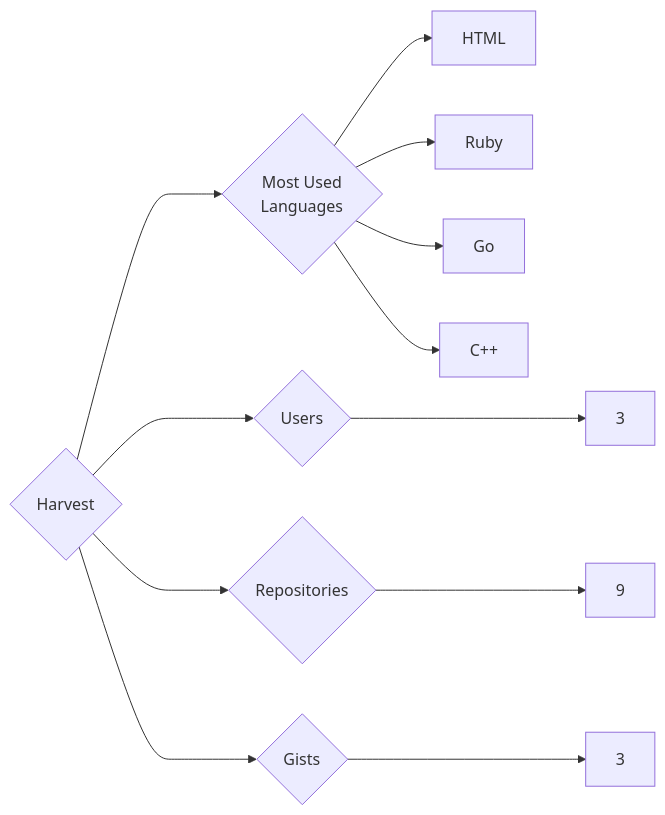
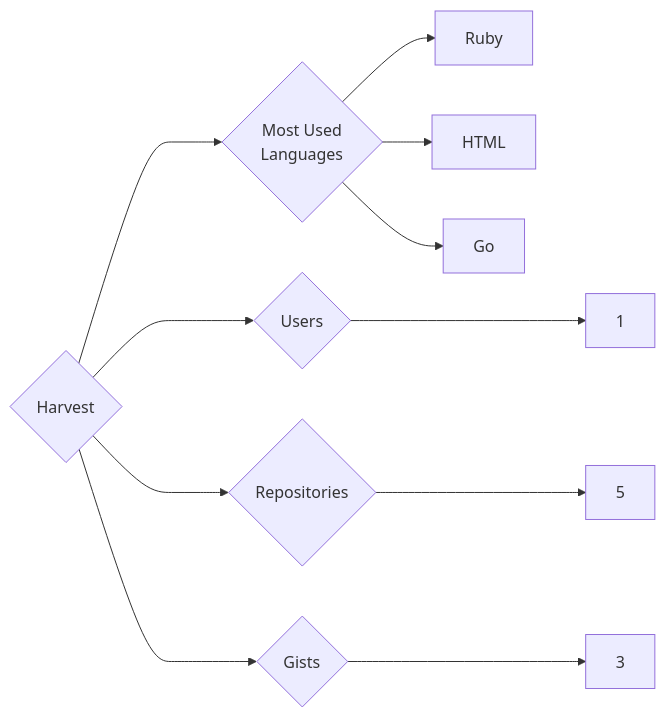
Before and after one commit to trickest/insiders: the diagram in targets/Harvest/README.md, drawn with Mermaid. The commit also changed 736 other files, not shown here.

````diff
--- a/targets/Harvest/README.md
+++ b/targets/Harvest/README.md
@@ -3,12 +3,11 @@
 ```mermaid
 graph LR
 COMPANY_NAME{Harvest}
-COMPANY_NAME ---> U{Users} ---> UN[3]
-COMPANY_NAME ---> R{Repositories} ---> RN[9]
+COMPANY_NAME ---> U{Users} ---> UN[1]
+COMPANY_NAME ---> R{Repositories} ---> RN[5]
 COMPANY_NAME ---> G{Gists} ---> GN[3]
 COMPANY_NAME ---> ML{Most Used<br>Languages}
+ML --> Ruby[Ruby]
 ML --> HTML[HTML]
-ML --> Ruby[Ruby]
 ML --> Go[Go]
-ML --> C++[C++]
 ```
````
